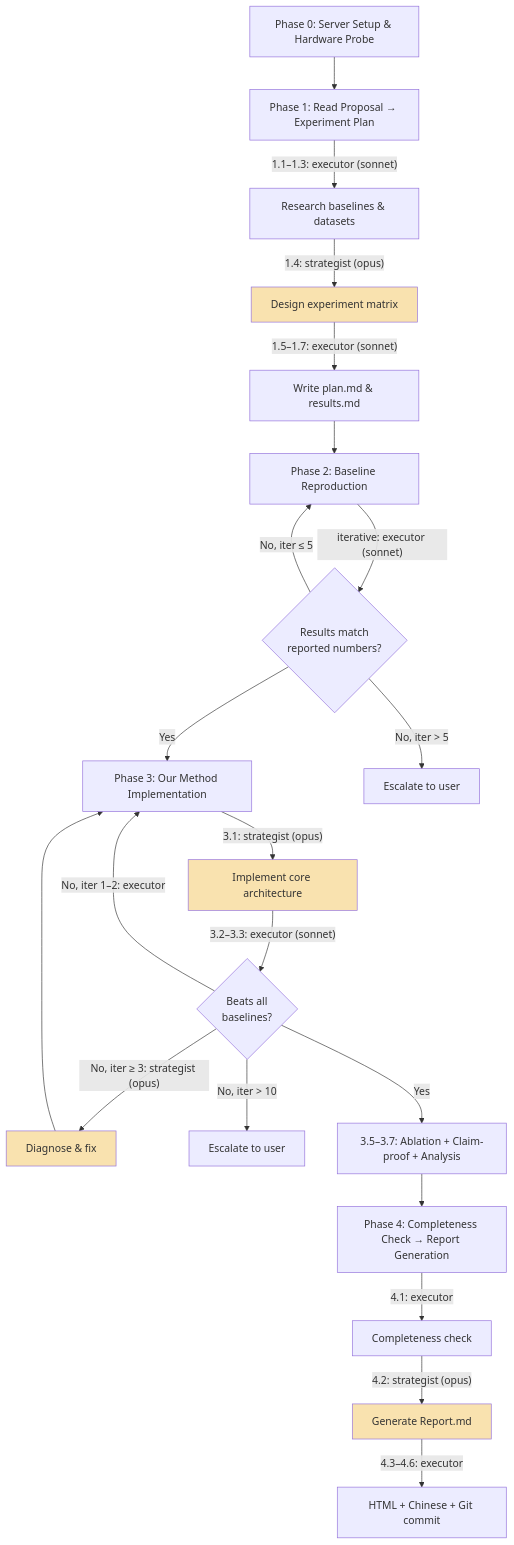
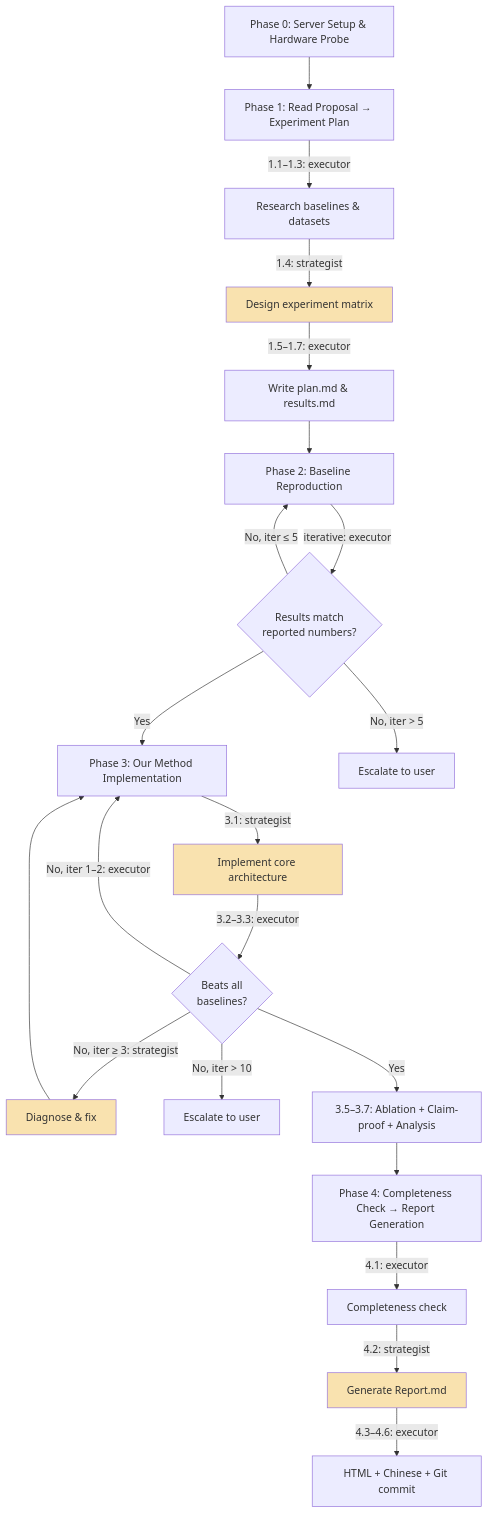
The first of 3 diagrams in .claude/skills/paperclaw-experiment-AI/SKILL.md (Paper-Claw/PaperClaw), drawn with Mermaid before and after one commit. The commit also changed other lines of this file and 2 other files, not shown here.

````diff
--- a/.claude/skills/paperclaw-experiment-AI/SKILL.md
+++ b/.claude/skills/paperclaw-experiment-AI/SKILL.md
@@ -29,37 +29,37 @@
 ```mermaid
 flowchart TD
     P0["Phase 0: Server Setup & Hardware Probe"]
     P1["Phase 1: Read Proposal → Experiment Plan"]
     P2["Phase 2: Baseline Reproduction"]
     P3["Phase 3: Our Method Implementation"]
     P4["Phase 4: Completeness Check → Report Generation"]
 
     P0 --> P1
-    P1 -->|"1.1–1.3: executor (sonnet)"| P1a["Research baselines & datasets"]
-    P1a -->|"1.4: strategist (opus)"| P1b["Design experiment matrix"]
-    P1b -->|"1.5–1.7: executor (sonnet)"| P1c["Write plan.md & results.md"]
+    P1 -->|"1.1–1.3: executor"| P1a["Research baselines & datasets"]
+    P1a -->|"1.4: strategist"| P1b["Design experiment matrix"]
+    P1b -->|"1.5–1.7: executor"| P1c["Write plan.md & results.md"]
     P1c --> P2
 
-    P2 -->|"iterative: executor (sonnet)"| P2loop{"Results match\nreported numbers?"}
+    P2 -->|"iterative: executor"| P2loop{"Results match\nreported numbers?"}
     P2loop -->|No, iter ≤ 5| P2
     P2loop -->|No, iter > 5| User1["Escalate to user"]
     P2loop -->|Yes| P3
 
-    P3 -->|"3.1: strategist (opus)"| P3a["Implement core architecture"]
-    P3a -->|"3.2–3.3: executor (sonnet)"| P3loop{"Beats all\nbaselines?"}
+    P3 -->|"3.1: strategist"| P3a["Implement core architecture"]
+    P3a -->|"3.2–3.3: executor"| P3loop{"Beats all\nbaselines?"}
     P3loop -->|"No, iter 1–2: executor"| P3
-    P3loop -->|"No, iter ≥ 3: strategist (opus)"| P3diag["Diagnose & fix"]
+    P3loop -->|"No, iter ≥ 3: strategist"| P3diag["Diagnose & fix"]
     P3diag --> P3
     P3loop -->|"No, iter > 10"| User2["Escalate to user"]
     P3loop -->|Yes| P3b["3.5–3.7: Ablation + Claim-proof + Analysis"]
     P3b --> P4
 
     P4 -->|"4.1: executor"| P4a["Completeness check"]
-    P4a -->|"4.2: strategist (opus)"| P4b["Generate Report.md"]
+    P4a -->|"4.2: strategist"| P4b["Generate Report.md"]
     P4b -->|"4.3–4.6: executor"| P4c["HTML + Chinese + Git commit"]
 
     style P1b fill:#f9e2af
     style P3a fill:#f9e2af
     style P3diag fill:#f9e2af
     style P4b fill:#f9e2af
 ```
````
